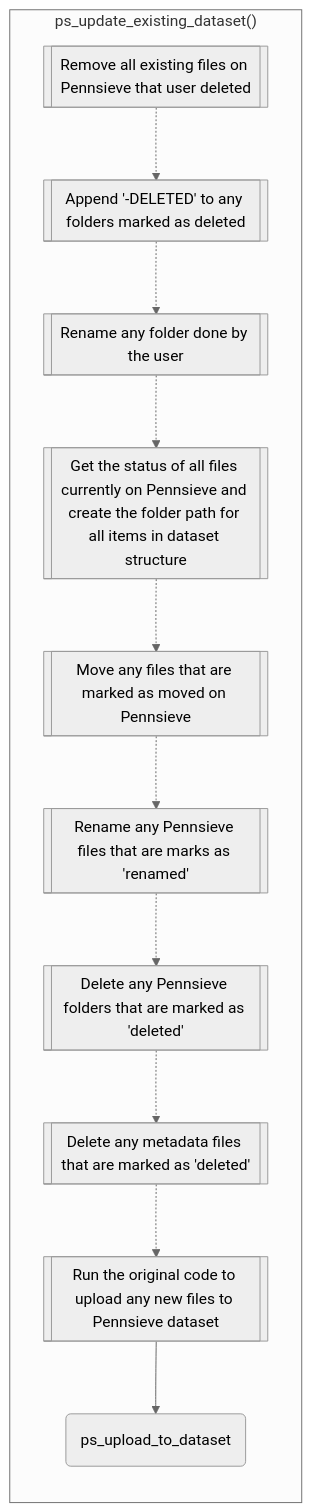
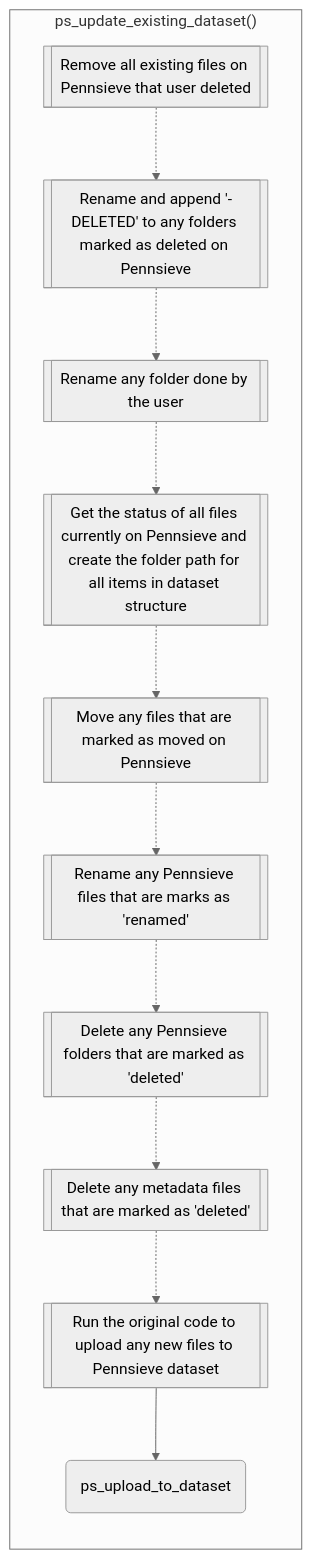
Before and after one commit to fairdataihub/dev.fairdataihub.org: the fourth of 4 diagrams in docs/soda-for-sparc/upload-workflow.md, drawn with Mermaid (neutral theme). The commit also changed other lines of this file and 1 other file, not shown here.

Commit message:
feat: ✨ import dataset flowchart added'

````diff
--- a/docs/soda-for-sparc/upload-workflow.md
+++ b/docs/soda-for-sparc/upload-workflow.md
@@ -95,16 +100,16 @@
 ```mermaid
 graph LR
 
 subgraph existinggen["ps_update_existing_dataset()"]
     direction TB
-    A[[Remove all existing files on Pennsieve that user deleted]] .-> B[[Append '-DELETED' to any folders marked as deleted]]
+    A[[Remove all existing files on Pennsieve that user deleted]] .-> B[[Rename and append '-DELETED' to any folders marked as deleted on Pennsieve]]
     B .-> C[[Rename any folder done by the user]]
     C .-> D[[Get the status of all files currently on Pennsieve and create the folder path for all items in dataset structure]]
     D .-> E[[Move any files that are marked as moved on Pennsieve]]
     E .-> F[[Rename any Pennsieve files that are marks as 'renamed']]
     F .-> G[[Delete any Pennsieve folders that are marked as 'deleted']]
     G .-> H[[Delete any metadata files that are marked as 'deleted']]
     H .-> I[[Run the original code to upload any new files to Pennsieve dataset]]
     I --> J(ps_upload_to_dataset)
 end
 ```
````
